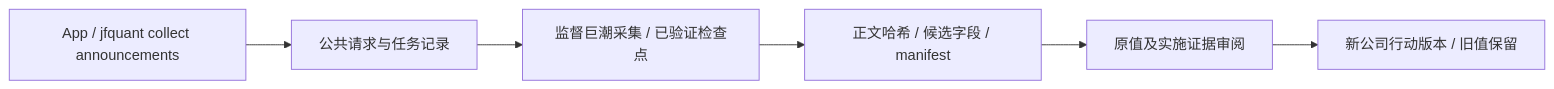
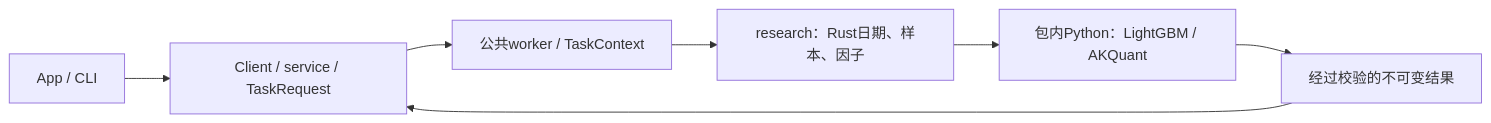
Before and after one commit to Dennishaha/JFQuant: the diagram in crates/workflow/README.md, drawn with Mermaid. The commit also changed other lines of this file and 97 other files, not shown here.

Commit message:
refactor: replace native ML and portfolio engines with bundled AKQuant research

````diff
--- a/crates/workflow/README.md
+++ b/crates/workflow/README.md
@@ -332,8 +6,9 @@
 ```mermaid
 flowchart LR
- U[App / jfquant collect announcements] --> W[公共请求与任务记录]
- W --> C[监督巨潮采集 / 已验证检查点]
- C --> M[正文哈希 / 候选字段 / manifest]
- M --> R[原值及实施证据审阅]
- R --> V[新公司行动版本 / 旧值保留]
+ C[App / CLI] --> S[Client / service / TaskRequest]
+ S --> W[公共worker / TaskContext]
+ W --> R[research：Rust日期、样本、因子]
+ R --> P[包内Python：LightGBM / AKQuant]
+ P --> O[经过校验的不可变结果]
+ O --> S
 ```
````
